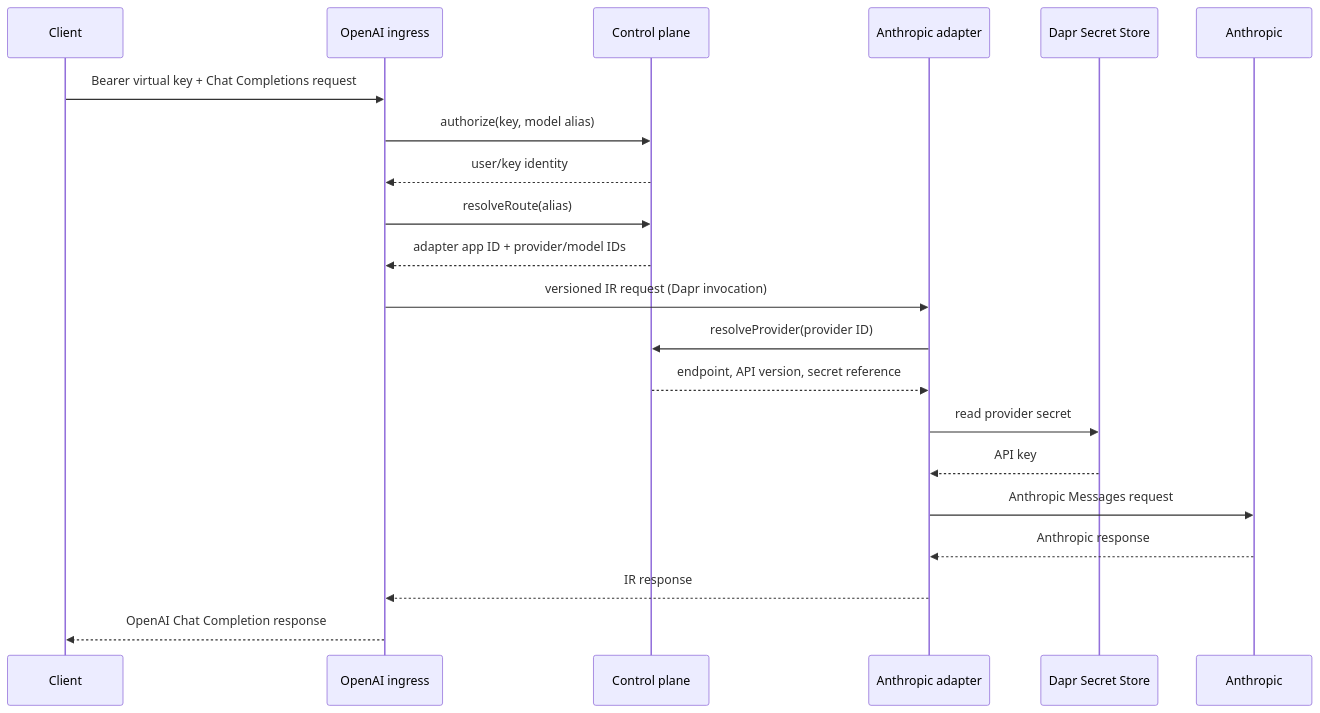
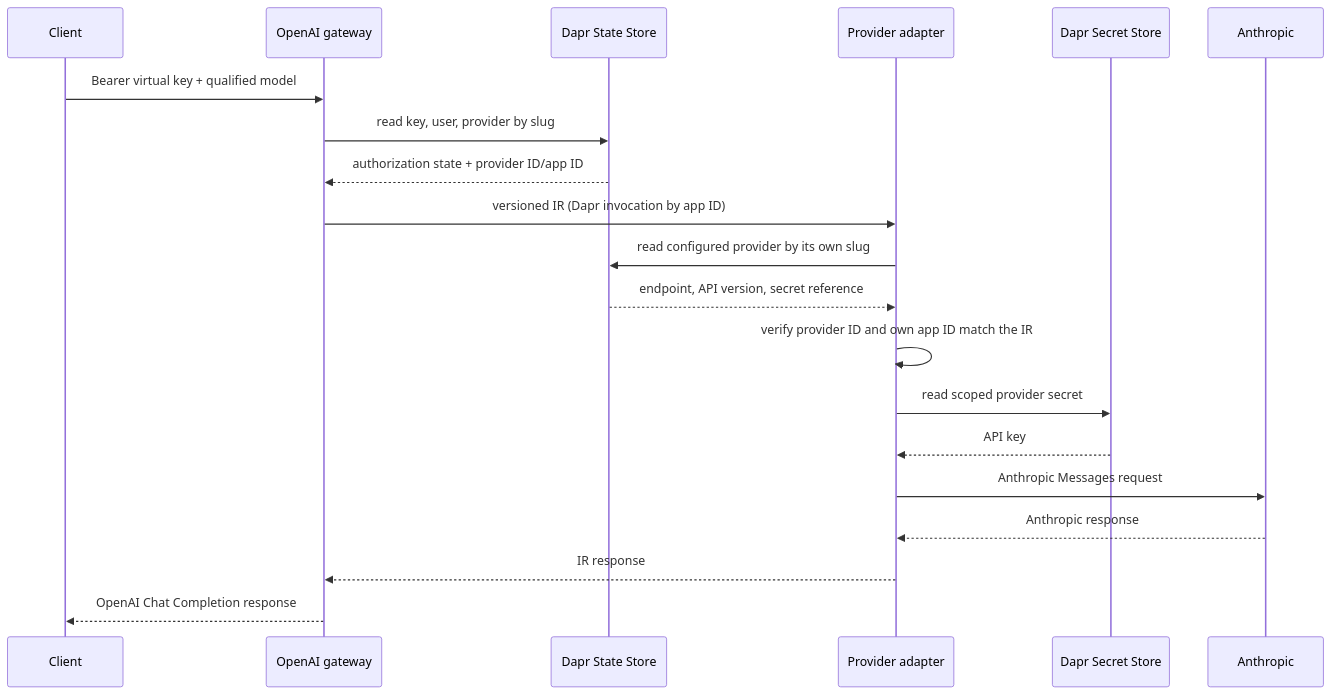
The diagram in docs/architecture.md (Albe83/gwai), drawn with Mermaid before and after one commit. The commit also changed other lines of this file and 49 other files, not shown here.

First line of the commit message:
refactor(data-plane)!: decouple gateway and provider adapters (#4)

````diff
--- a/docs/architecture.md
+++ b/docs/architecture.md
@@ -30,24 +30,23 @@
 ```mermaid
 sequenceDiagram
     participant C as Client
-    participant O as OpenAI ingress
-    participant CP as Control plane
-    participant A as Anthropic adapter
+    participant G as OpenAI gateway
+    participant S as Dapr State Store
+    participant A as Provider adapter
     participant D as Dapr Secret Store
     participant P as Anthropic
 
-    C->>O: Bearer virtual key + Chat Completions request
-    O->>CP: authorize(key, model alias)
-    CP-->>O: user/key identity
-    O->>CP: resolveRoute(alias)
-    CP-->>O: adapter app ID + provider/model IDs
-    O->>A: versioned IR request (Dapr invocation)
-    A->>CP: resolveProvider(provider ID)
-    CP-->>A: endpoint, API version, secret reference
-    A->>D: read provider secret
+    C->>G: Bearer virtual key + qualified model
+    G->>S: read key, user, provider by slug
+    S-->>G: authorization state + provider ID/app ID
+    G->>A: versioned IR (Dapr invocation by app ID)
+    A->>S: read configured provider by its own slug
+    S-->>A: endpoint, API version, secret reference
+    A->>A: verify provider ID and own app ID match the IR
+    A->>D: read scoped provider secret
     D-->>A: API key
     A->>P: Anthropic Messages request
     P-->>A: Anthropic response
-    A-->>O: IR response
-    O-->>C: OpenAI Chat Completion response
+    A-->>G: IR response
+    G-->>C: OpenAI Chat Completion response
 ```
````
